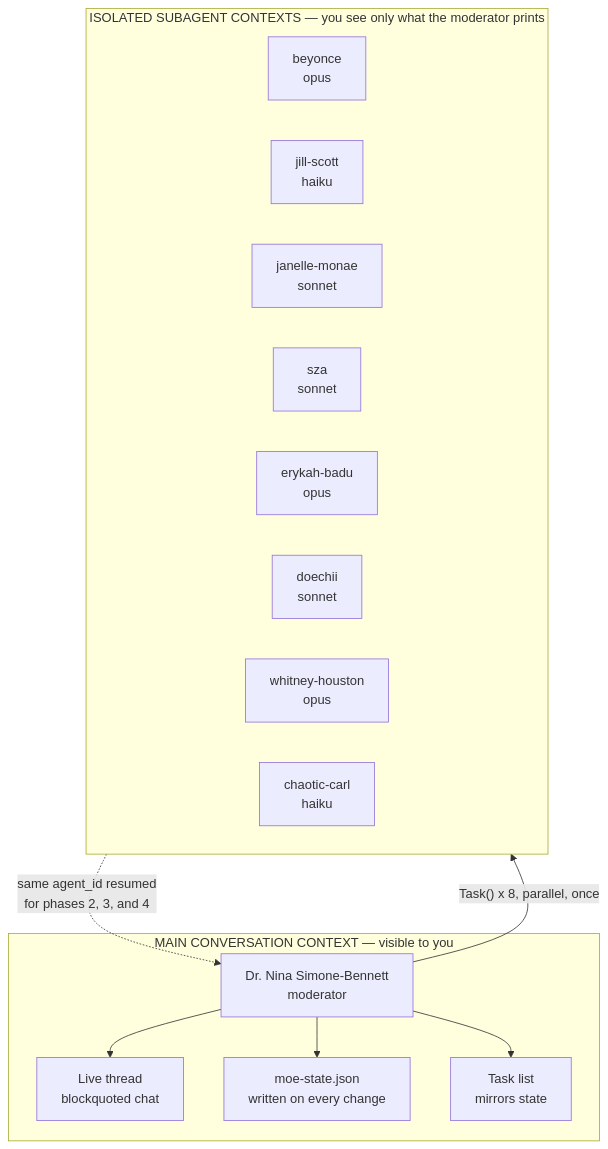
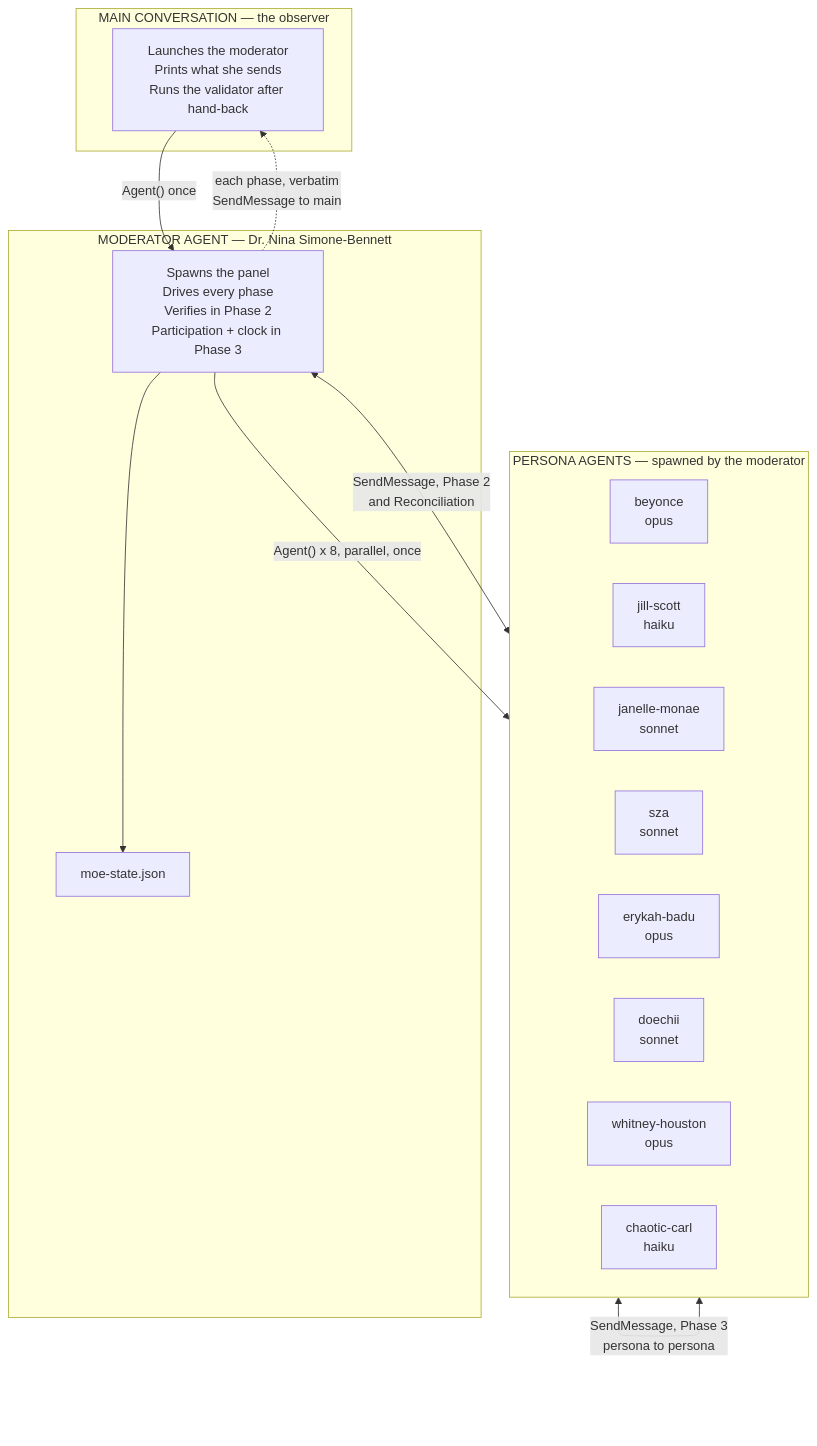
Before and after one commit to bgreg/moe-peer-review: the first of 2 diagrams in docs/architecture.md, drawn with Mermaid. The commit also changed other lines of this file and 20 other files, not shown here.

````diff
--- a/docs/architecture.md
+++ b/docs/architecture.md
@@ -38,26 +49,29 @@
 ```mermaid
 flowchart TB
-    subgraph main["MAIN CONVERSATION CONTEXT — visible to you"]
-        MOD["Dr. Nina Simone-Bennett<br/>moderator"]
-        THREAD["Live thread<br/>blockquoted chat"]
-        STATE["moe-state.json<br/>written on every change"]
-        TASKS["Task list<br/>mirrors state"]
-        MOD --> THREAD
-        MOD --> STATE
-        MOD --> TASKS
+    subgraph obs["MAIN CONVERSATION — the observer"]
+        OBS["Launches the moderator<br/>Prints what she sends<br/>Runs the validator after hand-back"]
     end
 
-    subgraph subs["ISOLATED SUBAGENT CONTEXTS — you see only what the moderator prints"]
+    subgraph mod["MODERATOR AGENT — Dr. Nina Simone-Bennett"]
+        MOD["Spawns the panel<br/>Drives every phase<br/>Verifies in Phase 2<br/>Participation + clock in Phase 3"]
+        STATE["moe-state.json"]
+        MOD --> STATE
+    end
+
+    subgraph subs["PERSONA AGENTS — spawned by the moderator"]
         B["beyonce<br/>opus"]
         J["jill-scott<br/>haiku"]
         JM["janelle-monae<br/>sonnet"]
         S["sza<br/>sonnet"]
         E["erykah-badu<br/>opus"]
         D["doechii<br/>sonnet"]
         W["whitney-houston<br/>opus"]
         C["chaotic-carl<br/>haiku"]
     end
 
-    MOD -->|"Task() x 8, parallel, once"| subs
-    subs -.->|"same agent_id resumed<br/>for phases 2, 3, and 4"| MOD
+    OBS -->|"Agent() once"| MOD
+    MOD -.->|"each phase, verbatim<br/>SendMessage to main"| OBS
+    MOD -->|"Agent() x 8, parallel, once"| subs
+    MOD <-->|"SendMessage, Phase 2<br/>and Reconciliation"| subs
+    subs <-->|"SendMessage, Phase 3<br/>persona to persona"| subs
 ```
````
